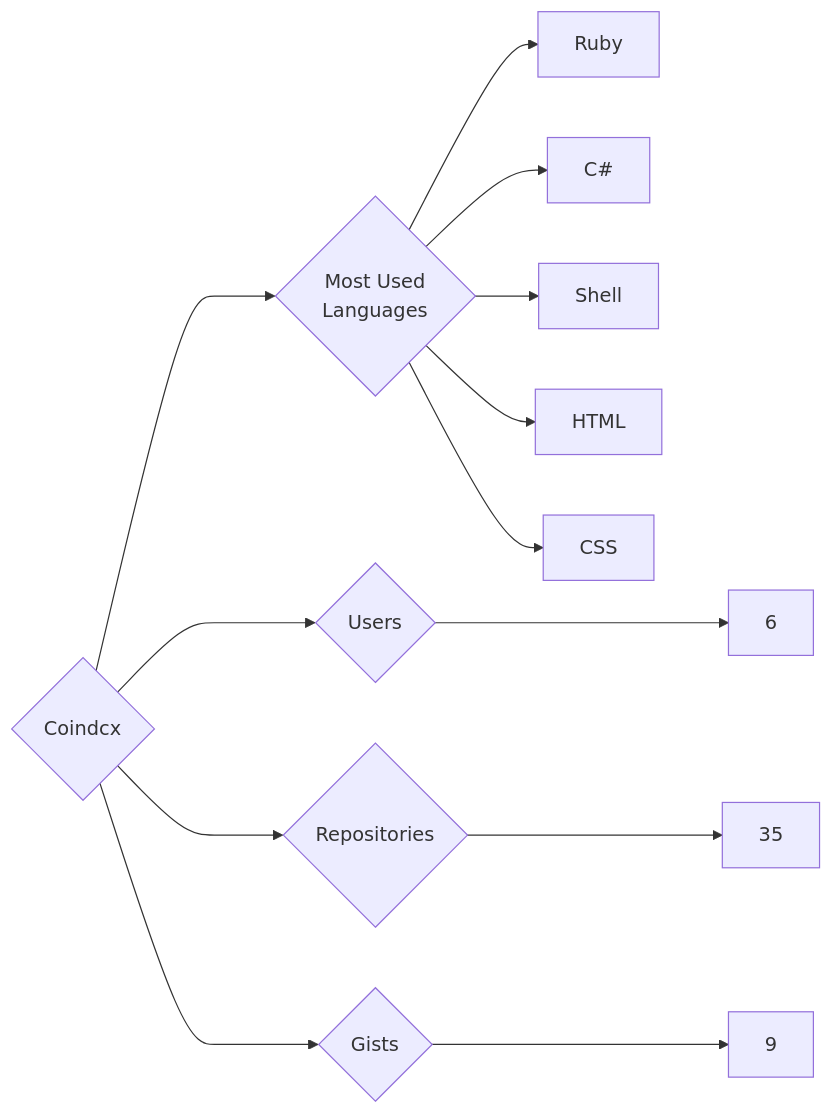
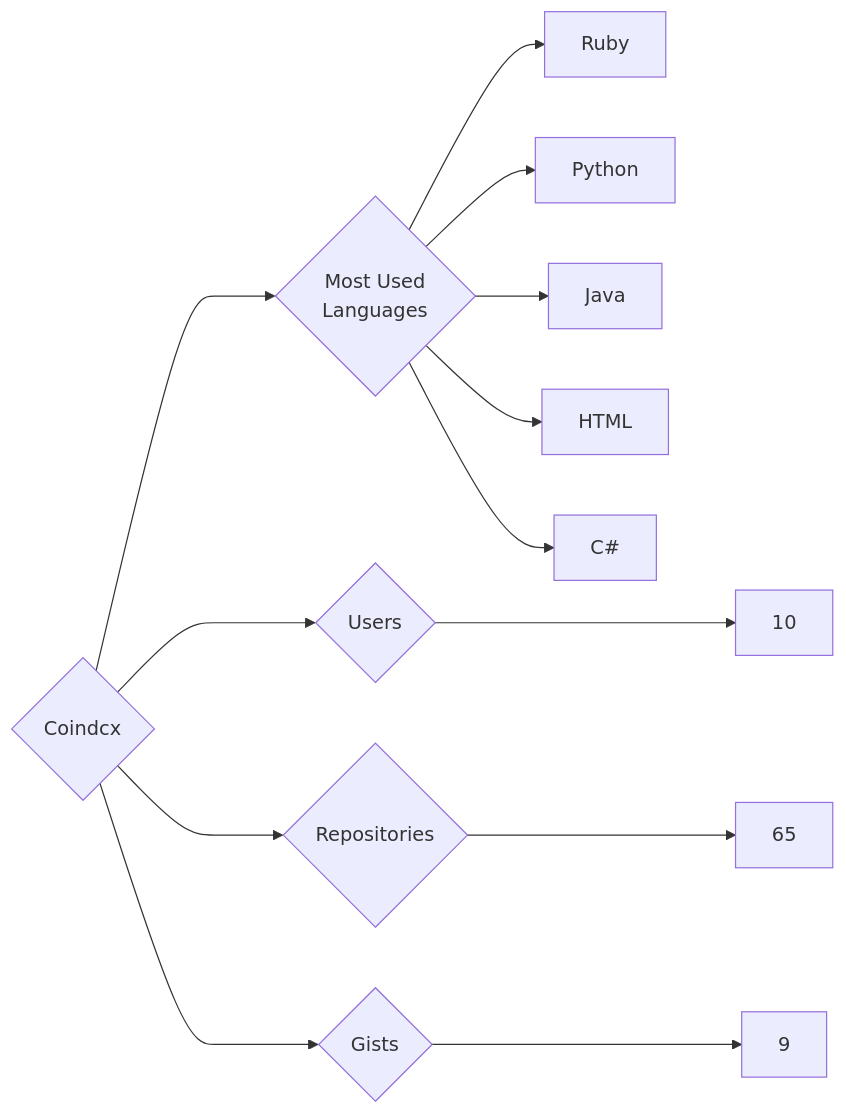
One commit to trickest/insiders changed the diagram in targets/Coindcx/README.md. Above: the diagram before and after it, drawn with Mermaid. The commit also changed 1175 other files, not shown here.

````diff
--- a/targets/Coindcx/README.md
+++ b/targets/Coindcx/README.md
@@ -3,13 +3,13 @@
 ```mermaid
 graph LR
 COMPANY_NAME{Coindcx}
-COMPANY_NAME ---> U{Users} ---> UN[6]
-COMPANY_NAME ---> R{Repositories} ---> RN[35]
+COMPANY_NAME ---> U{Users} ---> UN[10]
+COMPANY_NAME ---> R{Repositories} ---> RN[65]
 COMPANY_NAME ---> G{Gists} ---> GN[9]
 COMPANY_NAME ---> ML{Most Used<br>Languages}
 ML --> Ruby[Ruby]
+ML --> Python[Python]
+ML --> Java[Java]
+ML --> HTML[HTML]
 ML --> C#[C#]
-ML --> Shell[Shell]
-ML --> HTML[HTML]
-ML --> CSS[CSS]
 ```
````
